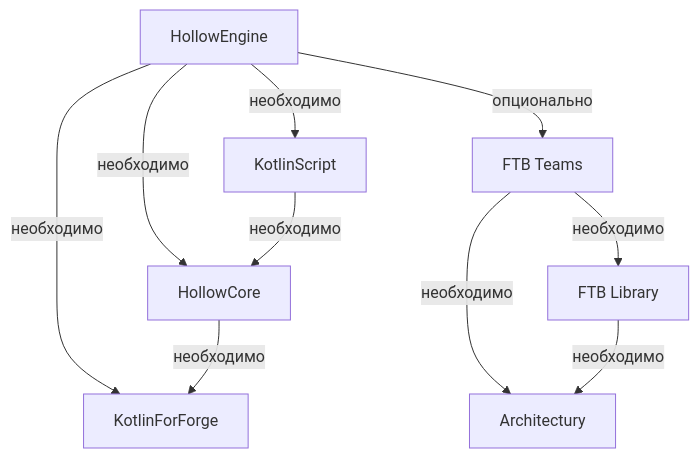
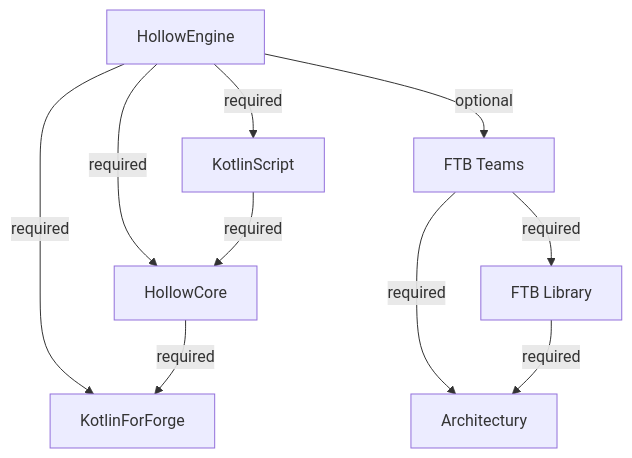
The diagram in docs/hollowengine/2-begin/1-requirement.mdx (0mods/docsweb), drawn with Mermaid before and after one commit. The commit also changed other lines of this file and 99 other files, not shown here.

````diff
--- a/docs/hollowengine/2-begin/1-requirement.mdx
+++ b/docs/hollowengine/2-begin/1-requirement.mdx
@@ -9,18 +9,18 @@
 ```mermaid
 graph TD;
   HE[HollowEngine]; HC[HollowCore]; KFF[KotlinForForge]; KS[KotlinScript];
   FTBT[FTB Teams]; FTBL[FTB Library]; Arc[Architectury];
   
-  HE-->|необходимо|KS;
-  HE-->|необходимо|KFF;
-  HE-->|необходимо|HC;
-  HE-->|опционально|FTBT;
+  HE-->|required|KS;
+  HE-->|required|KFF;
+  HE-->|required|HC;
+  HE-->|optional|FTBT;
 
-  KS-->|необходимо|HC;
+  KS-->|required|HC;
 
-  HC-->|необходимо|KFF;
+  HC-->|required|KFF;
 
-  FTBT-->|необходимо|FTBL;
-  FTBT-->|необходимо|Arc;
-  FTBL-->|необходимо|Arc;
+  FTBT-->|required|FTBL;
+  FTBT-->|required|Arc;
+  FTBL-->|required|Arc;
 ```
````
